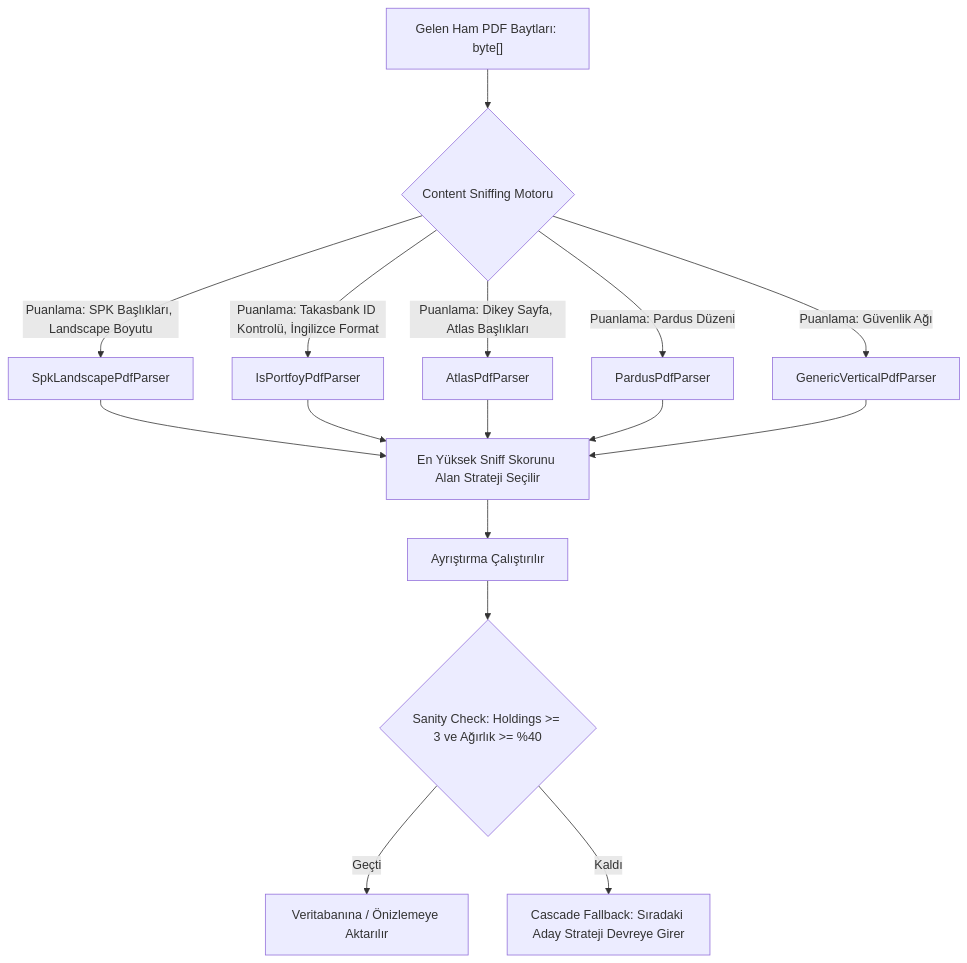
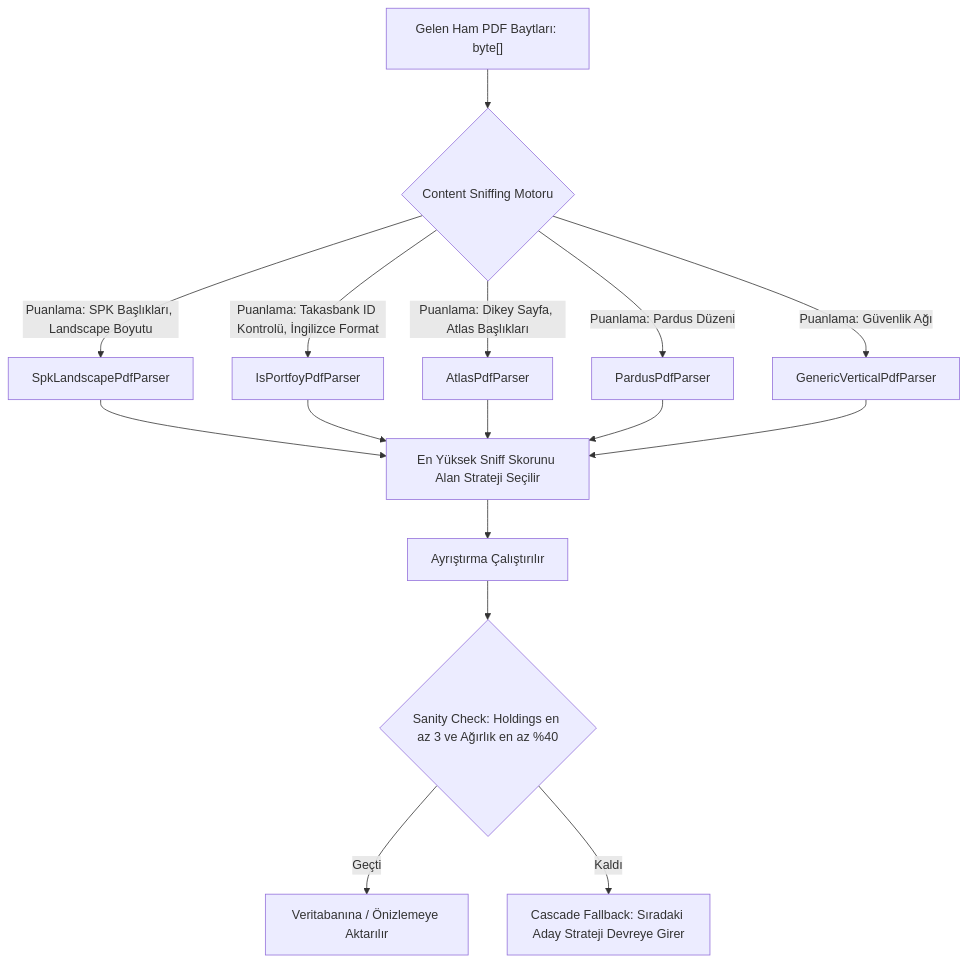
One commit to yakup-yilmaz/fonmap-stajprojesi changed the second of 4 diagrams in README.md. Above: the diagram before and after it, drawn with Mermaid. The commit also changed other lines of this file and 35 other files, not shown here.

Commit message:
feat(frontend): Next.js 16 live analytics portal, terminal modal and polished README diagrams

````diff
--- a/README.md
+++ b/README.md
@@ -96,19 +96,19 @@
 ```mermaid
 flowchart TD
     PDF["Gelen Ham PDF Baytları: byte[]"] --> Sniff{"Content Sniffing Motoru"}
     Sniff -->|"Puanlama: SPK Başlıkları, Landscape Boyutu"| S1[SpkLandscapePdfParser]
     Sniff -->|"Puanlama: Takasbank ID Kontrolü, İngilizce Format"| S2[IsPortfoyPdfParser]
     Sniff -->|"Puanlama: Dikey Sayfa, Atlas Başlıkları"| S3[AtlasPdfParser]
     Sniff -->|"Puanlama: Pardus Düzeni"| S4[PardusPdfParser]
     Sniff -->|"Puanlama: Güvenlik Ağı"| S5[GenericVerticalPdfParser]
     
     S1 --> Race["En Yüksek Sniff Skorunu Alan Strateji Seçilir"]
     S2 --> Race
     S3 --> Race
     S4 --> Race
     S5 --> Race
     Race --> Exec["Ayrıştırma Çalıştırılır"]
-    Exec --> Sanity{"Sanity Check: Holdings >= 3 ve Ağırlık >= %40"}
+    Exec --> Sanity{"Sanity Check: Holdings en az 3 ve Ağırlık en az %40"}
     Sanity -->|Geçti| Success["Veritabanına / Önizlemeye Aktarılır"]
     Sanity -->|Kaldı| Fallback["Cascade Fallback: Sıradaki Aday Strateji Devreye Girer"]
 ```
````
